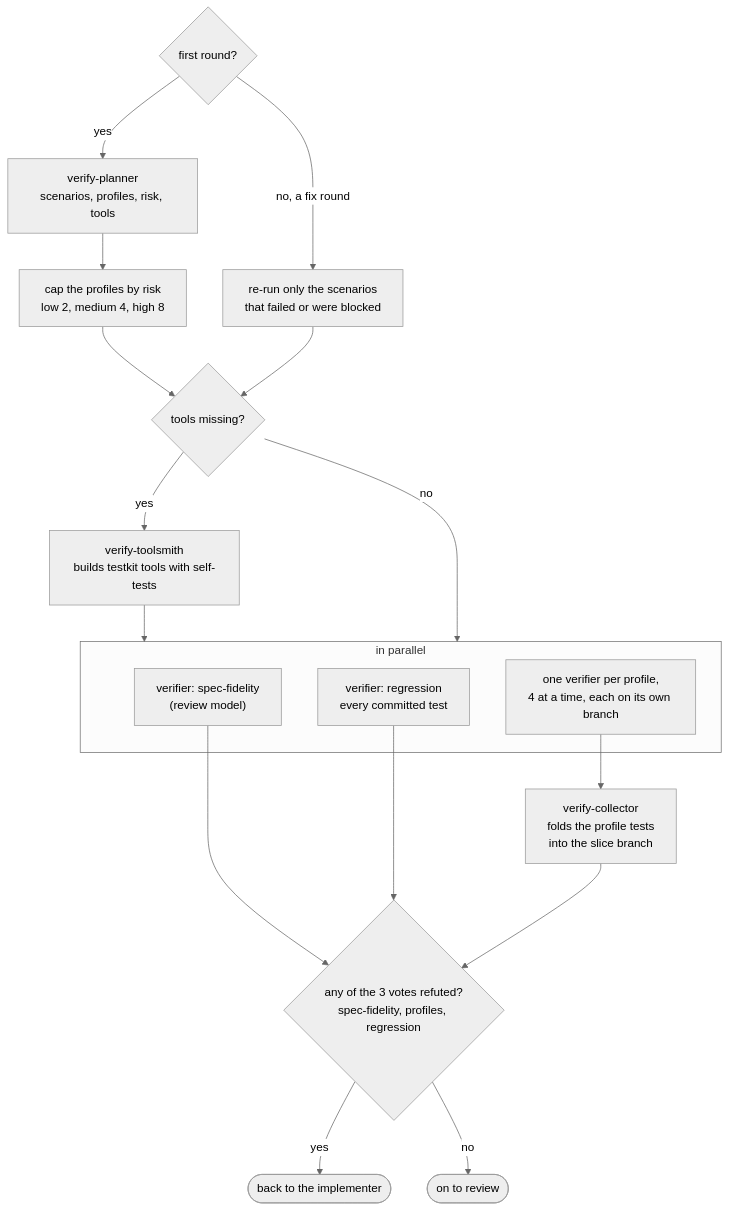
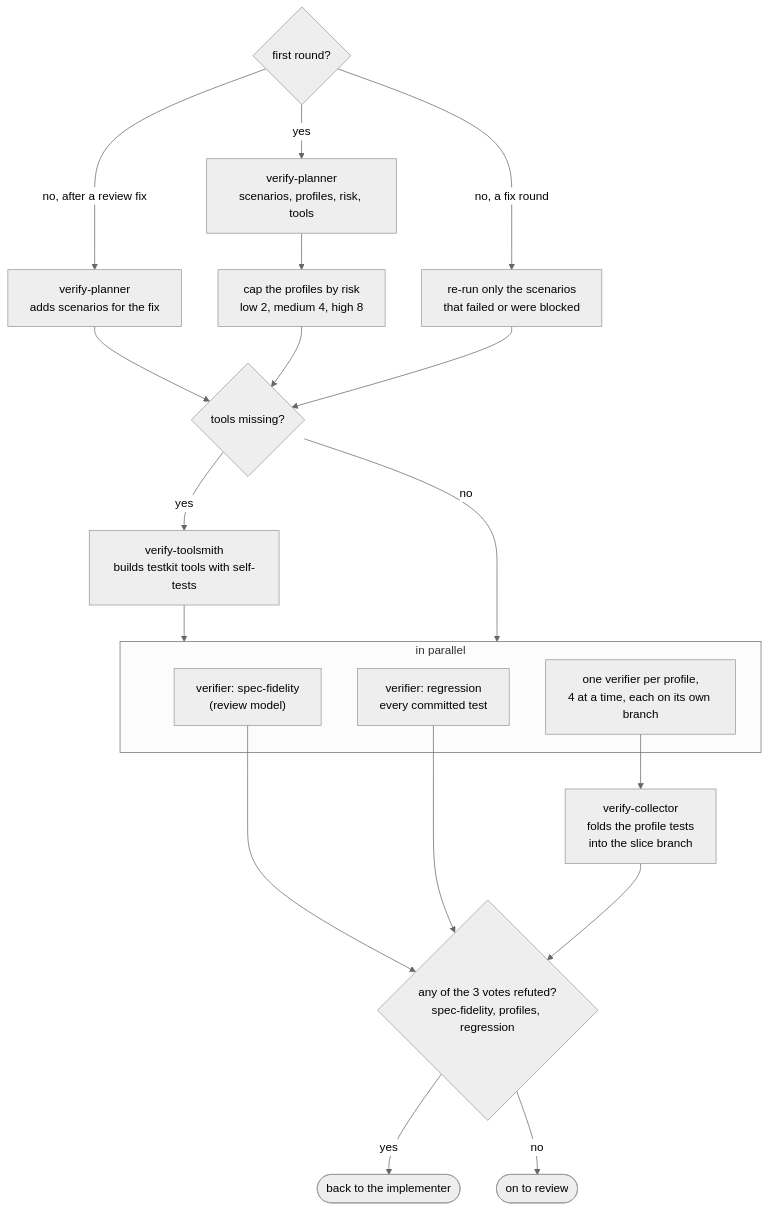
Before and after one commit to omarahr/sdlc: the fifth of 8 diagrams in README.md, drawn with Mermaid (neutral theme). The commit also changed other lines of this file and 4 other files, not shown here.

First line of the commit message:
Verify the code written to fix a review finding

````diff
--- a/README.md
+++ b/README.md
@@ -268,20 +269,22 @@
 ```mermaid
 flowchart TD
   R0{"first round?"}
   R0 -- yes --> VP["verify-planner<br/>scenarios, profiles, risk, tools"]
   VP --> CAP["cap the profiles by risk<br/>low 2, medium 4, high 8"]
   R0 -- "no, a fix round" --> PEND["re-run only the scenarios<br/>that failed or were blocked"]
+  R0 -- "no, after a review fix" --> RF["verify-planner<br/>adds scenarios for the fix"]
+  RF --> TS
   CAP --> TS{"tools missing?"}
   PEND --> TS
   TS -- yes --> TSM["verify-toolsmith<br/>builds testkit tools with self-tests"] --> PAR
   TS -- no --> PAR
   subgraph PAR ["in parallel"]
     SF["verifier: spec-fidelity<br/>(review model)"]
     RG["verifier: regression<br/>every committed test"]
     PV["one verifier per profile,<br/>4 at a time, each on its own branch"]
   end
   PV --> COL["verify-collector<br/>folds the profile tests<br/>into the slice branch"]
   SF & RG & COL --> TALLY{"any of the 3 votes refuted?<br/>spec-fidelity, profiles, regression"}
   TALLY -- yes --> BACK(["back to the implementer"])
   TALLY -- no --> REV(["on to review"])
 ```
````
